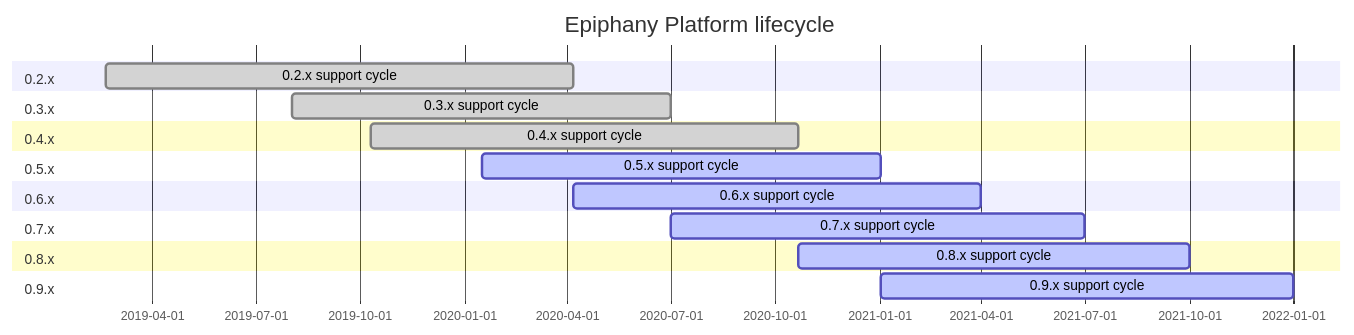
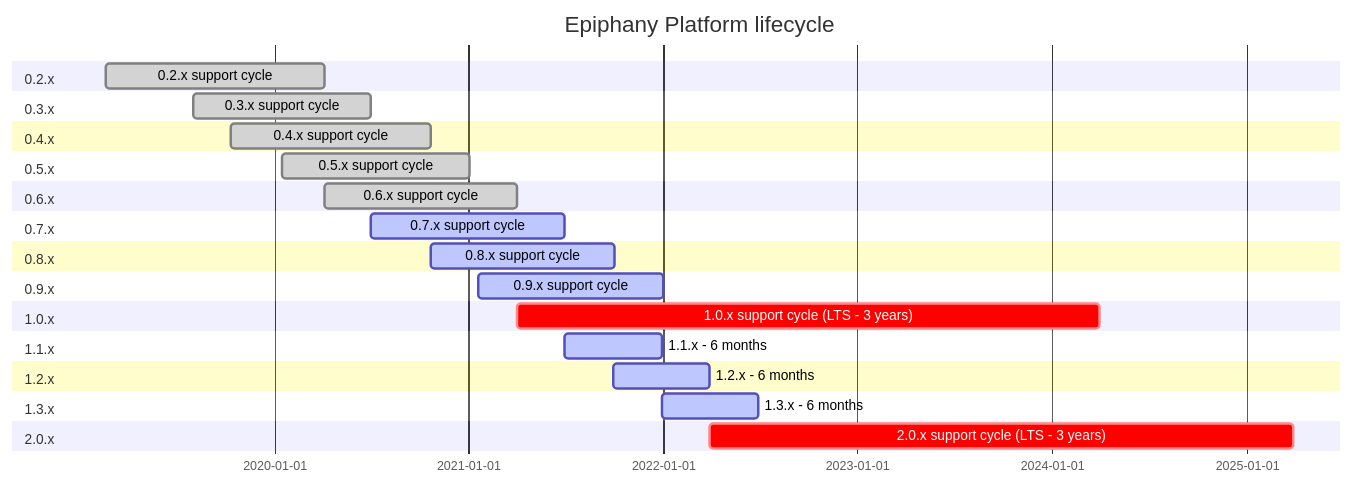
Before and after one commit to hitachienergy/epiphany: the diagram in docs/home/LIFECYCLE_GANTT.md, drawn with Mermaid. The commit also changed 5 other files, not shown here.

````diff
--- a/docs/home/LIFECYCLE_GANTT.md
+++ b/docs/home/LIFECYCLE_GANTT.md
@@ -3,21 +3,31 @@
 ```mermaid
 gantt
 title Epiphany Platform lifecycle
 dateFormat  YYYY-MM-DD
 section 0.2.x
 0.2.x support cycle     :done, 2019-02-19, 2020-04-06
 section 0.3.x
 0.3.x support cycle     :done, 2019-08-02, 2020-07-01
 section 0.4.x
 0.4.x support cycle     :done, 2019-10-11, 2020-10-22
 section 0.5.x
-0.5.x support cycle     :active, 2020-01-17, 2021-01-02
+0.5.x support cycle     :done, 2020-01-17, 2021-01-02
 section 0.6.x
-0.6.x support cycle     :active, 2020-04-06, 2021-04-01
+0.6.x support cycle     :done, 2020-04-06, 2021-04-01
 section 0.7.x
 0.7.x support cycle     :active, 2020-07-01, 2021-07-01
 section 0.8.x
 0.8.x support cycle     :active, 2020-10-22, 2021-10-01
 section 0.9.x
-0.9.x support cycle     :active, 2021-01-02, 2022-01-01
+0.9.x support cycle      :active, 2021-01-19, 2022-01-01
+section 1.0.x
+1.0.x support cycle (LTS - 3 years)    :crit, 2021-04-01, 2024-04-01
+section 1.1.x
+1.1.x - 6 months     :active, 2021-06-30, 2021-12-30
+section 1.2.x
+1.2.x - 6 months     :active, 2021-09-30, 2022-03-30
+section 1.3.x
+1.3.x - 6 months     :active, 2021-12-30, 2022-06-30
+section 2.0.x
+2.0.x support cycle (LTS - 3 years)     :crit, 2022-03-30, 2025-03-30
 ```
````
